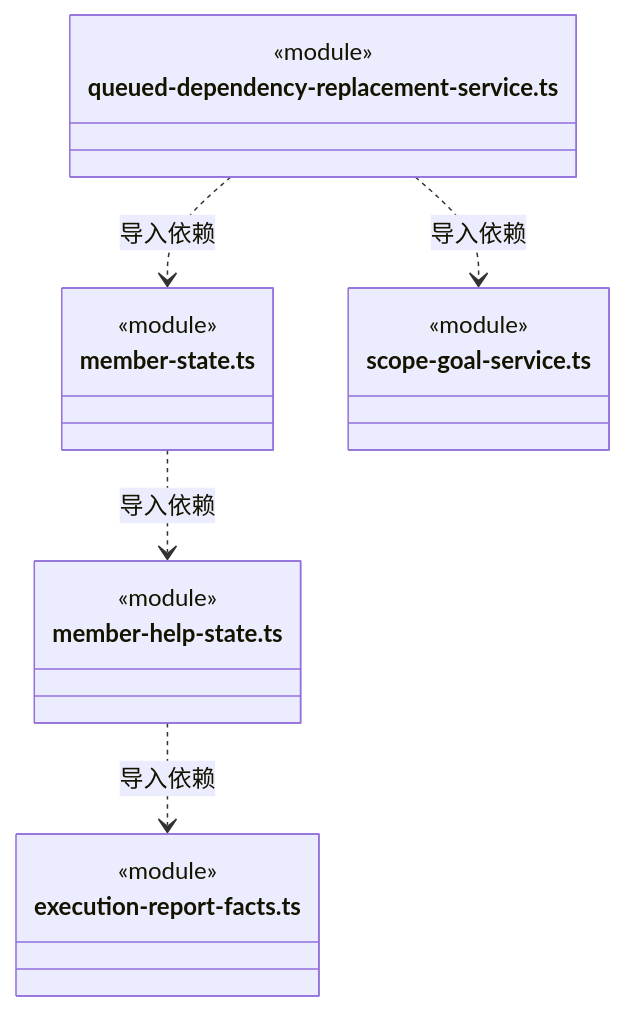
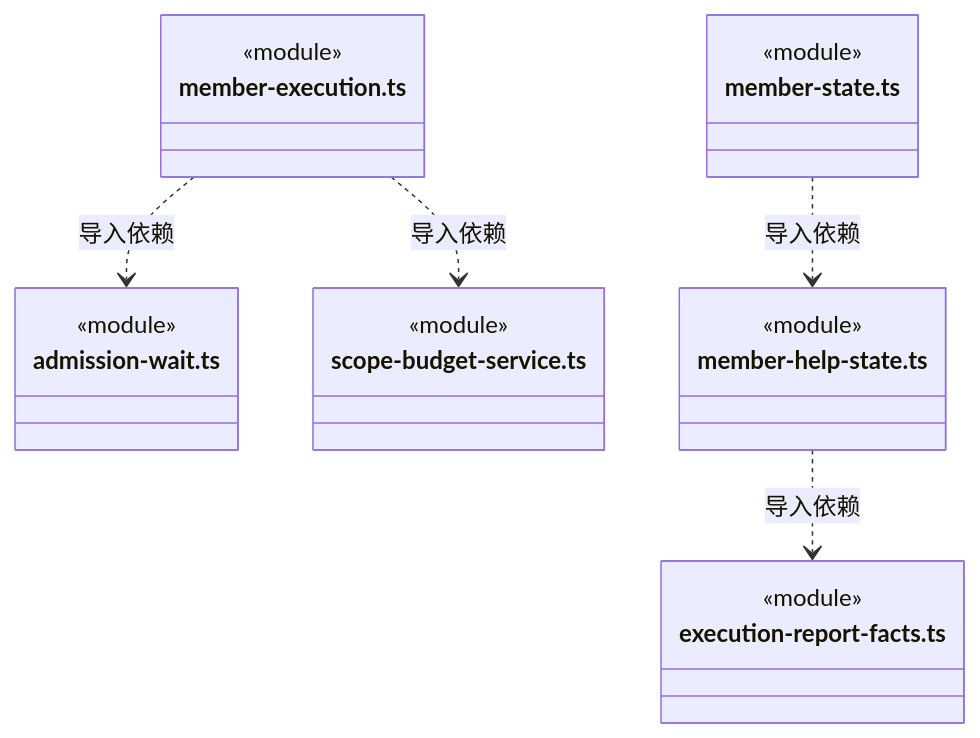
Diagram 45 of 52 in src/backend/scheduler-engine/execution/ARCHITECTURE.md (nan023062/cbim), drawn with Mermaid before and after one commit. The commit also changed other lines of this file and 56 other files, not shown here.

````diff
--- a/src/backend/scheduler-engine/execution/ARCHITECTURE.md
+++ b/src/backend/scheduler-engine/execution/ARCHITECTURE.md
@@ -1194,22 +1223,25 @@
 ```mermaid
 classDiagram
+class N_src_backend_scheduler_engine_execution_member_execution_ts["member-execution.ts"] {
+  <<module>>
+}
+class N_src_backend_scheduler_engine_execution_admission_wait_ts["admission-wait.ts"] {
+  <<module>>
+}
+class N_src_backend_scheduler_engine_execution_scope_budget_service_ts["scope-budget-service.ts"] {
+  <<module>>
+}
 class N_src_backend_scheduler_engine_execution_member_help_state_ts["member-help-state.ts"] {
   <<module>>
 }
 class N_src_backend_scheduler_engine_execution_execution_report_facts_ts["execution-report-facts.ts"] {
   <<module>>
 }
 class N_src_backend_scheduler_engine_execution_member_state_ts["member-state.ts"] {
   <<module>>
 }
-class N_src_backend_scheduler_engine_execution_queued_dependency_replacement_service_ts["queued-dependency-replacement-service.ts"] {
-  <<module>>
-}
-class N_src_backend_scheduler_engine_execution_scope_goal_service_ts["scope-goal-service.ts"] {
-  <<module>>
-}
+N_src_backend_scheduler_engine_execution_member_execution_ts ..> N_src_backend_scheduler_engine_execution_admission_wait_ts : 导入依赖
+N_src_backend_scheduler_engine_execution_member_execution_ts ..> N_src_backend_scheduler_engine_execution_scope_budget_service_ts : 导入依赖
 N_src_backend_scheduler_engine_execution_member_help_state_ts ..> N_src_backend_scheduler_engine_execution_execution_report_facts_ts : 导入依赖
 N_src_backend_scheduler_engine_execution_member_state_ts ..> N_src_backend_scheduler_engine_execution_member_help_state_ts : 导入依赖
-N_src_backend_scheduler_engine_execution_queued_dependency_replacement_service_ts ..> N_src_backend_scheduler_engine_execution_member_state_ts : 导入依赖
-N_src_backend_scheduler_engine_execution_queued_dependency_replacement_service_ts ..> N_src_backend_scheduler_engine_execution_scope_goal_service_ts : 导入依赖
 ```
````
